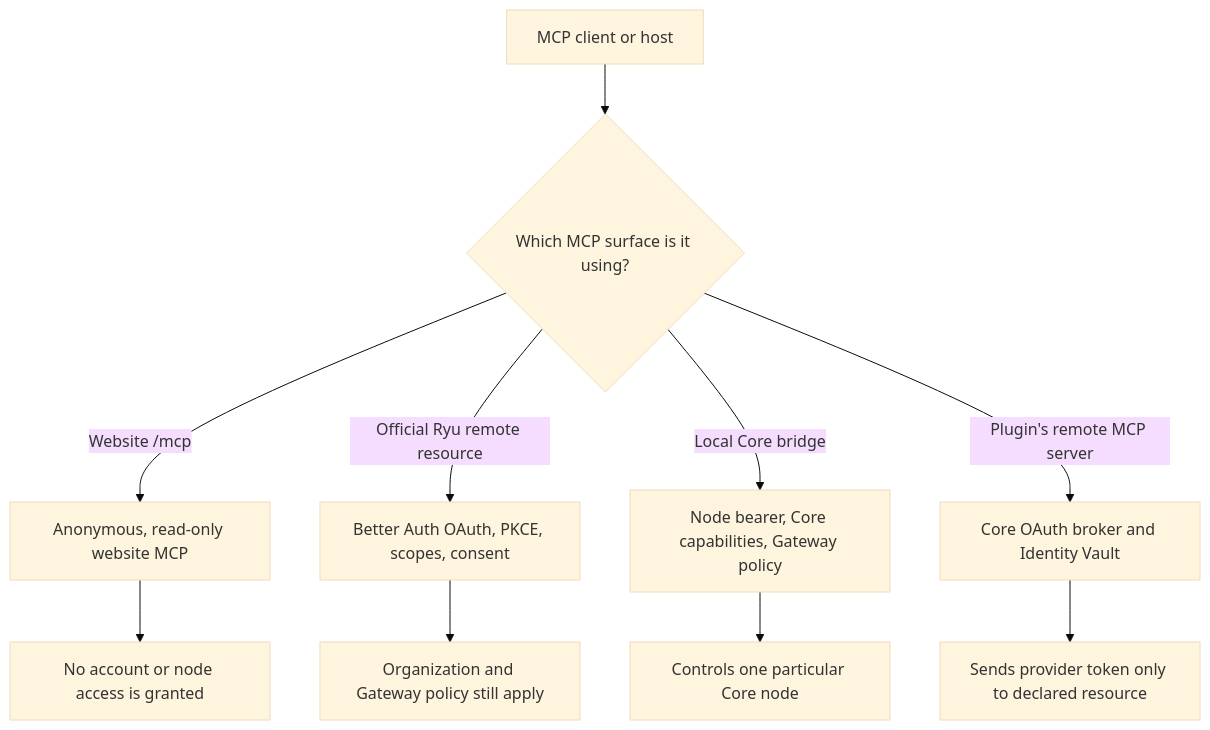
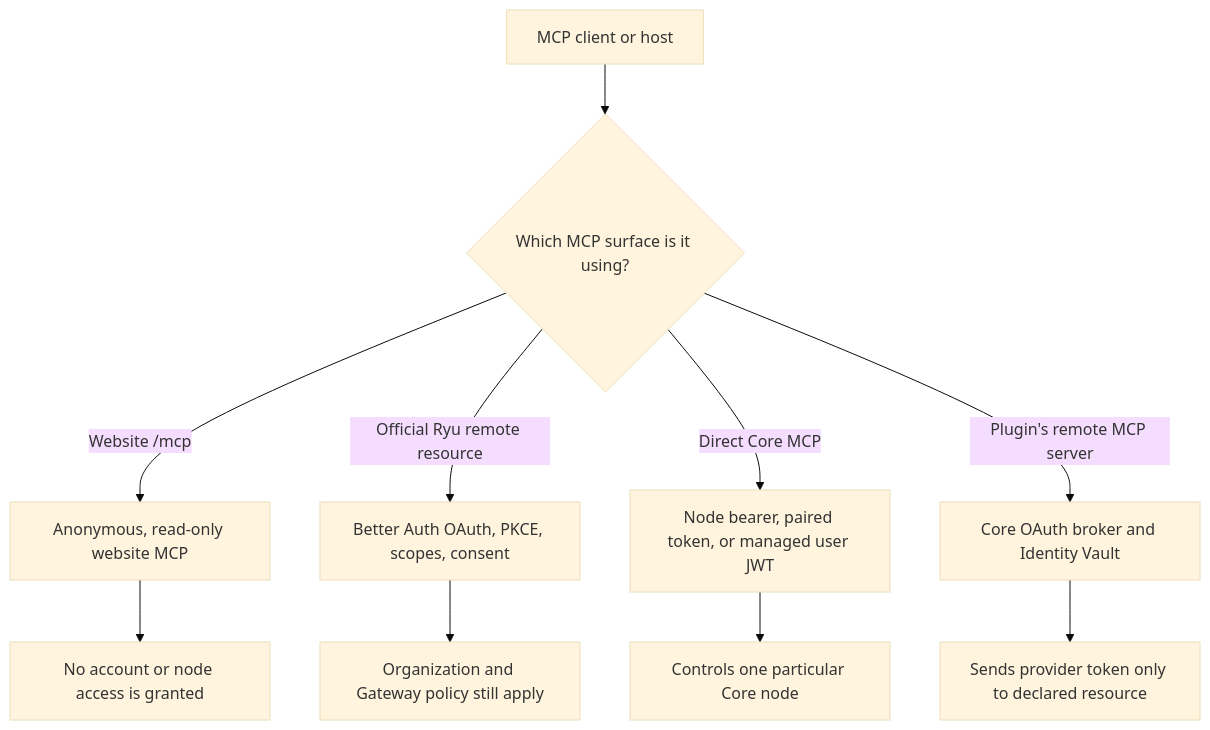
One commit to amajorai/ryu-docs changed the eighth of 13 diagrams in content/docs/security/authentication-and-pairing.mdx. Above: the diagram before and after it, drawn with Mermaid (base theme). The commit also changed other lines of this file and 305 other files, not shown here.

````diff
--- a/content/docs/security/authentication-and-pairing.mdx
+++ b/content/docs/security/authentication-and-pairing.mdx
@@ -306,12 +315,12 @@
 ```mermaid
 flowchart TD
   MCPClient["MCP client or host"] --> Surface{"Which MCP surface is it using?"}
   Surface -->|"Website /mcp"| Public["Anonymous, read-only website MCP"]
   Surface -->|"Official Ryu remote resource"| Official["Better Auth OAuth, PKCE, scopes, consent"]
-  Surface -->|"Local Core bridge"| Local["Node bearer, Core capabilities, Gateway policy"]
+  Surface -->|"Direct Core MCP"| Local["Node bearer, paired token, or managed user JWT"]
   Surface -->|"Plugin's remote MCP server"| Plugin["Core OAuth broker and Identity Vault"]
   Public --> NoAccount["No account or node access is granted"]
   Official --> OrgPolicy["Organization and Gateway policy still apply"]
   Local --> NodePolicy["Controls one particular Core node"]
   Plugin --> ProviderPolicy["Sends provider token only to declared resource"]
 ```
````
